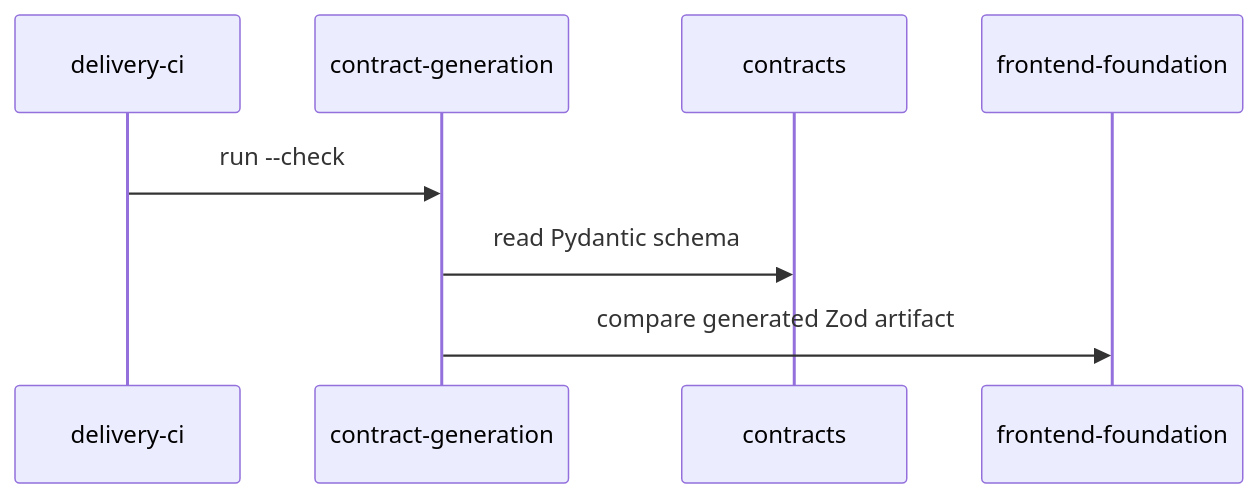
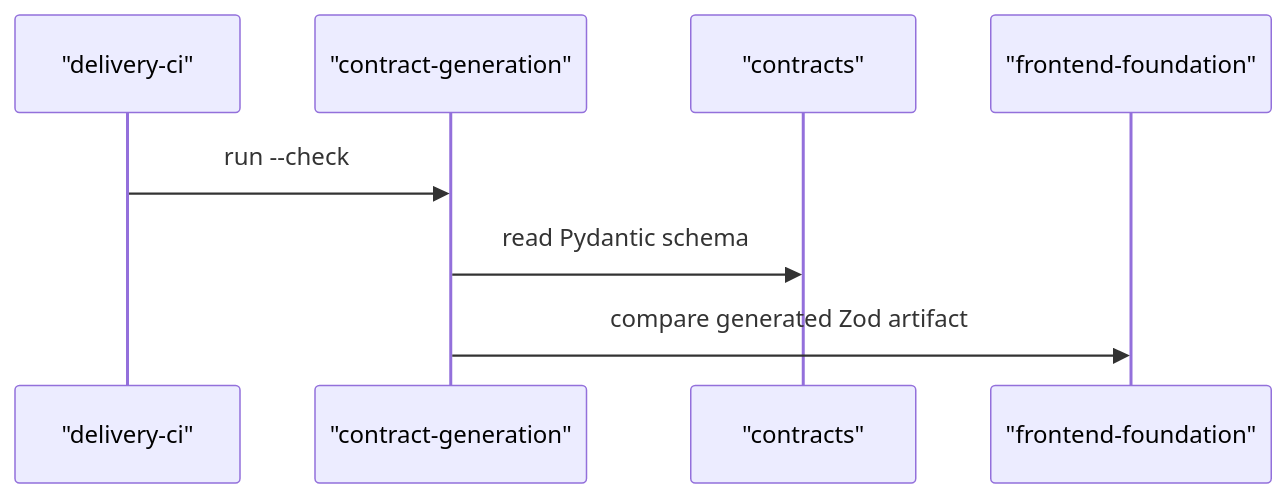
One commit to maemreyo/work-frontier changed the fourth of 5 diagrams in docs/anatomy/system-diagram.md. Above: the diagram before and after it, drawn with Mermaid. The commit also changed other lines of this file and 42 other files, not shown here.

````diff
--- a/docs/anatomy/system-diagram.md
+++ b/docs/anatomy/system-diagram.md
@@ -49,10 +62,10 @@
 ```mermaid
 sequenceDiagram
-participant delivery_ci as delivery-ci
-participant contract_generation as contract-generation
-participant contracts as contracts
-participant frontend_foundation as frontend-foundation
-delivery_ci->>contract_generation: run --check
-contract_generation->>contracts: read Pydantic schema
-contract_generation->>frontend_foundation: compare generated Zod artifact
+participant p0 as "delivery-ci"
+participant p1 as "contract-generation"
+participant p2 as "contracts"
+participant p3 as "frontend-foundation"
+p0->>p1: run --check
+p1->>p2: read Pydantic schema
+p1->>p3: compare generated Zod artifact
 ```
````
